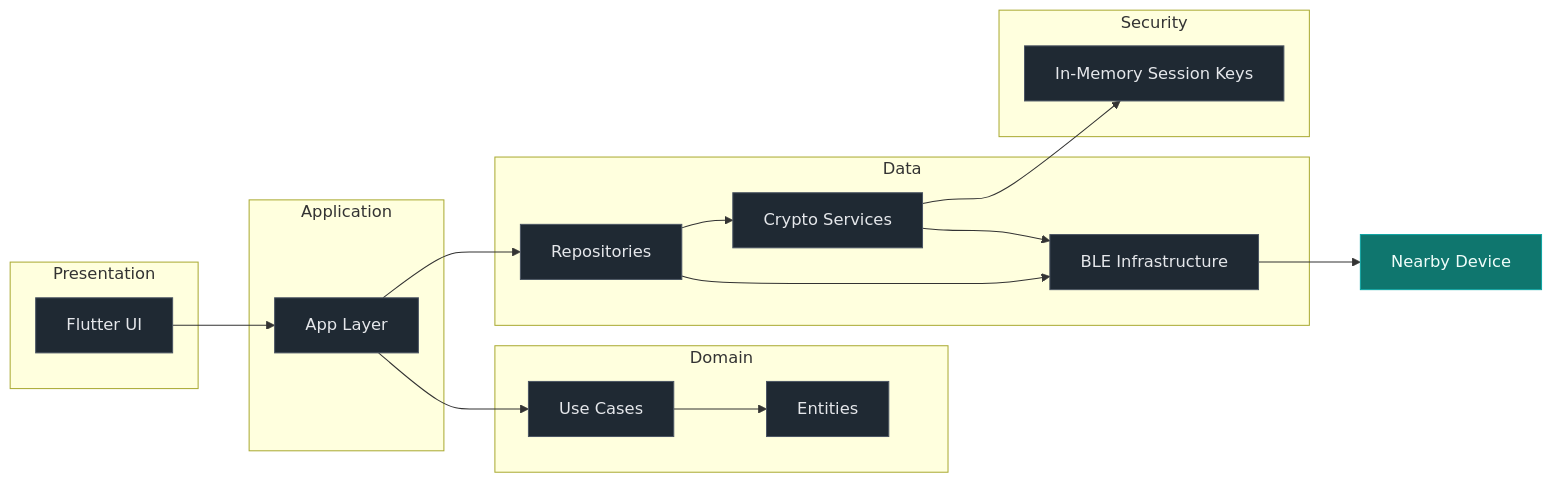
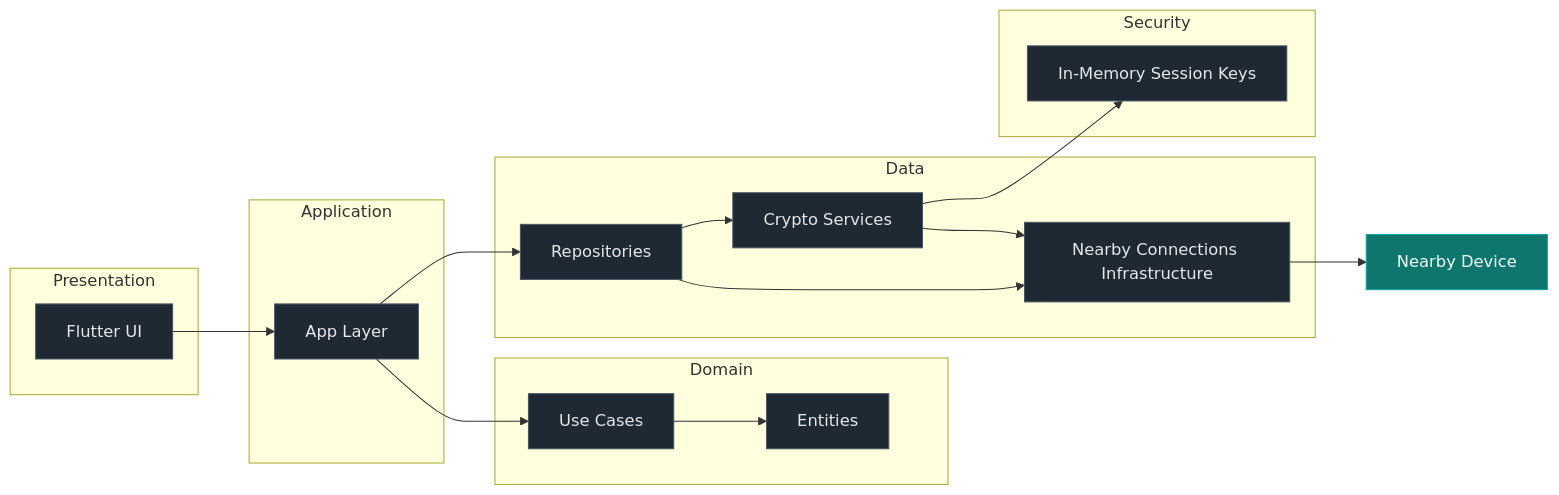
One commit to git-dariel/bluetalk changed the diagram in README.md. Above: the diagram before and after it, drawn with Mermaid. The commit also changed other lines of this file and 44 other files, not shown here.

````diff
--- a/README.md
+++ b/README.md
@@ -15,31 +20,31 @@
 ```mermaid
 flowchart LR
 	subgraph Presentation
 		UI[Flutter UI]
 	end
 	subgraph Application
 		App[App Layer]
 	end
 	subgraph Domain
 		UseCases[Use Cases]
 		Entities[Entities]
 	end
 	subgraph Data
 		Repos[Repositories]
-		BLE[BLE Infrastructure]
+		Nearby[Nearby Connections Infrastructure]
 		Crypto[Crypto Services]
 	end
 	subgraph Security
 		Storage[In-Memory Session Keys]
 	end
 
 	UI --> App --> UseCases --> Entities
-	App --> Repos --> BLE --> Device[Nearby Device]
-	Repos --> Crypto --> BLE
+	App --> Repos --> Nearby --> Device[Nearby Device]
+	Repos --> Crypto --> Nearby
 	Crypto --> Storage
 
 	classDef layer fill:#1f2933,stroke:#4b5563,color:#e5e7eb;
 	classDef accent fill:#0f766e,stroke:#0ea5a4,color:#f0fdfa;
-	class UI,App,UseCases,Entities,Repos,BLE,Crypto,Storage layer;
+	class UI,App,UseCases,Entities,Repos,Nearby,Crypto,Storage layer;
 	class Device accent;
 ```
````
